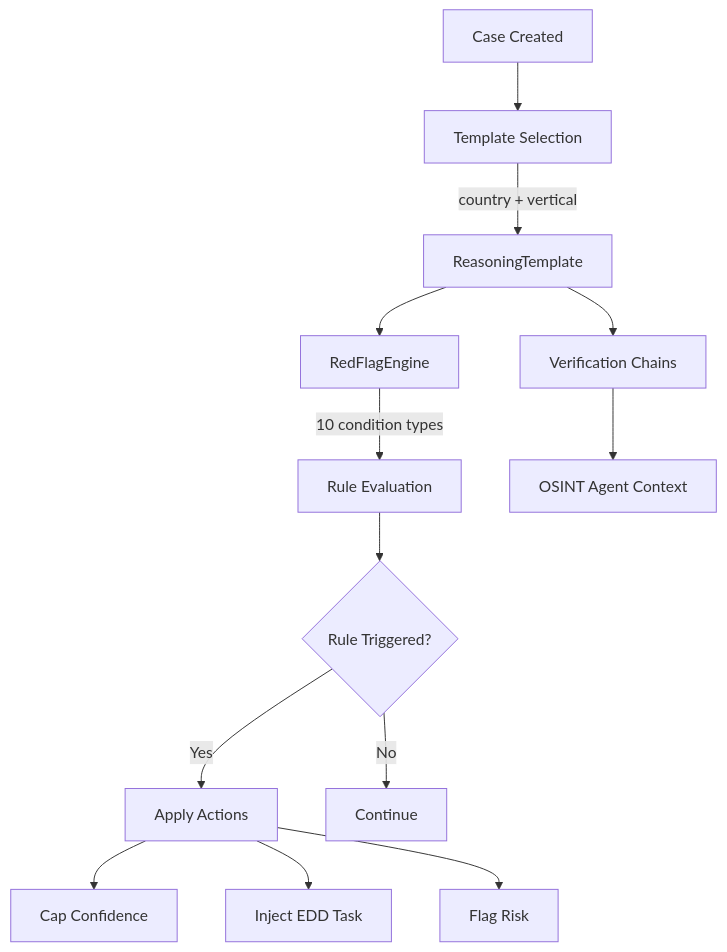
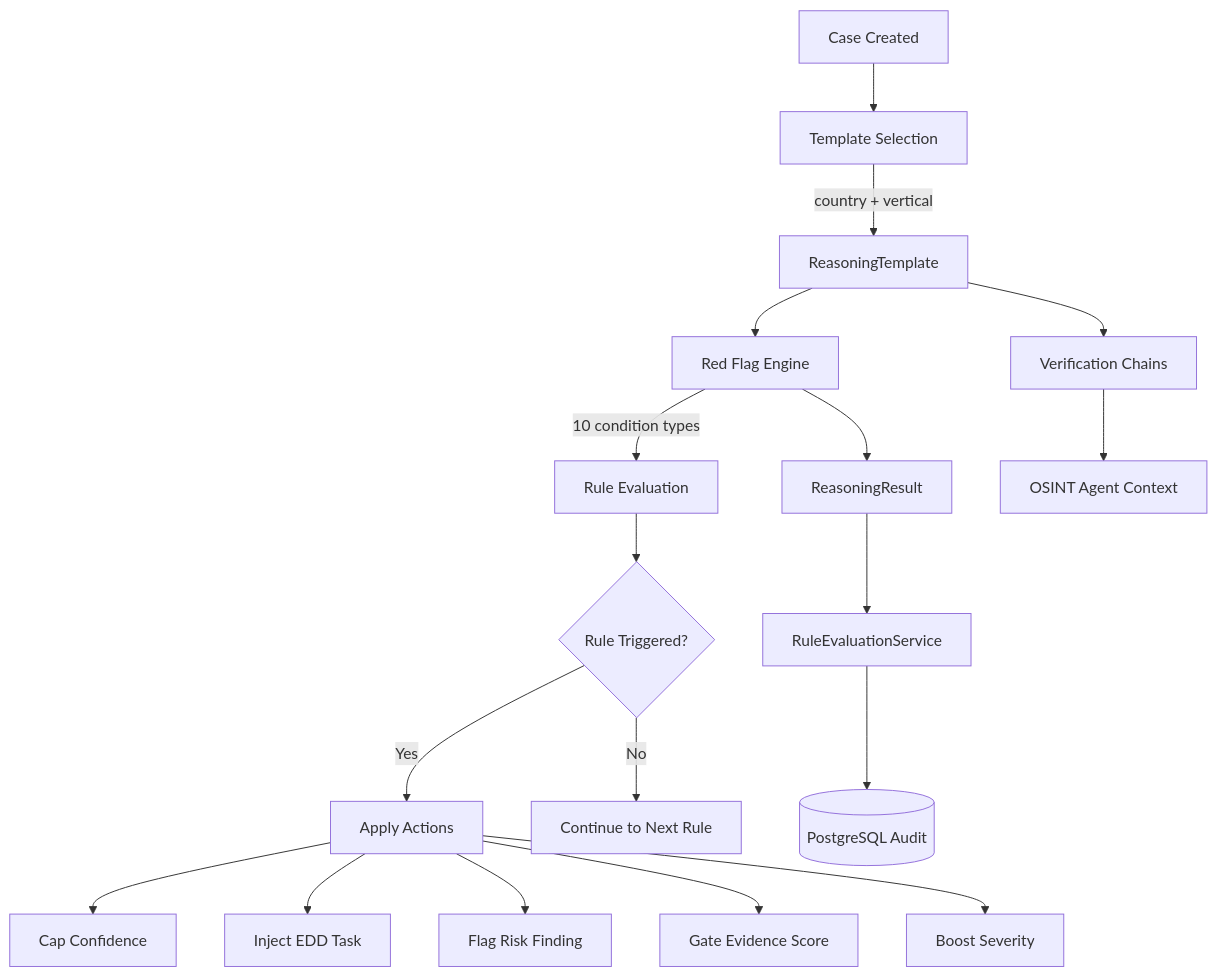
Before and after one commit to Tsunami-max/trust-relay-docs: the diagram in docs/architecture/reasoning-templates.md, drawn with Mermaid. The commit also changed other lines of this file and 54 other files, not shown here.

First line of the commit message:
docs: shared packages page, ADR-0037, updated metrics and architecture

````diff
--- a/docs/architecture/reasoning-templates.md
+++ b/docs/architecture/reasoning-templates.md
@@ -21,15 +33,20 @@
 ```mermaid
 graph TD
     A[Case Created] --> B[Template Selection]
     B -->|country + vertical| C[ReasoningTemplate]
-    C --> D[RedFlagEngine]
+    C --> D[Red Flag Engine]
     D -->|10 condition types| E[Rule Evaluation]
     E --> F{Rule Triggered?}
     F -->|Yes| G[Apply Actions]
     G --> H[Cap Confidence]
     G --> I[Inject EDD Task]
-    G --> J[Flag Risk]
-    F -->|No| K[Continue]
-    C --> L[Verification Chains]
-    L --> M[OSINT Agent Context]
+    G --> J[Flag Risk Finding]
+    G --> K[Gate Evidence Score]
+    G --> L[Boost Severity]
+    F -->|No| M[Continue to Next Rule]
+    C --> N[Verification Chains]
+    N --> O[OSINT Agent Context]
+    D --> P[ReasoningResult]
+    P --> Q[RuleEvaluationService]
+    Q --> R[(PostgreSQL Audit)]
 ```
````
